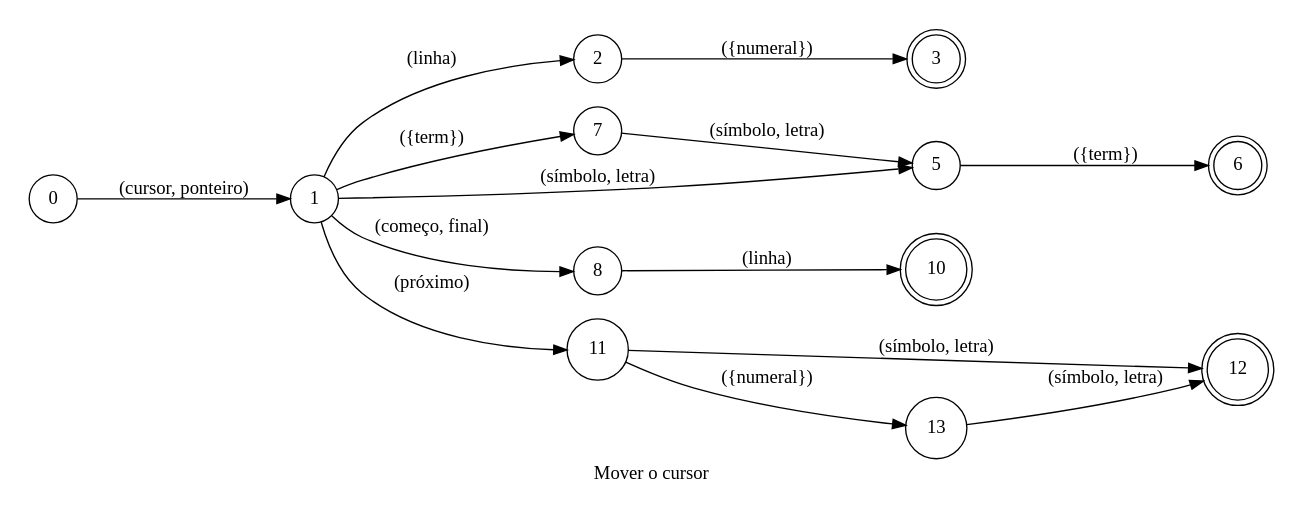
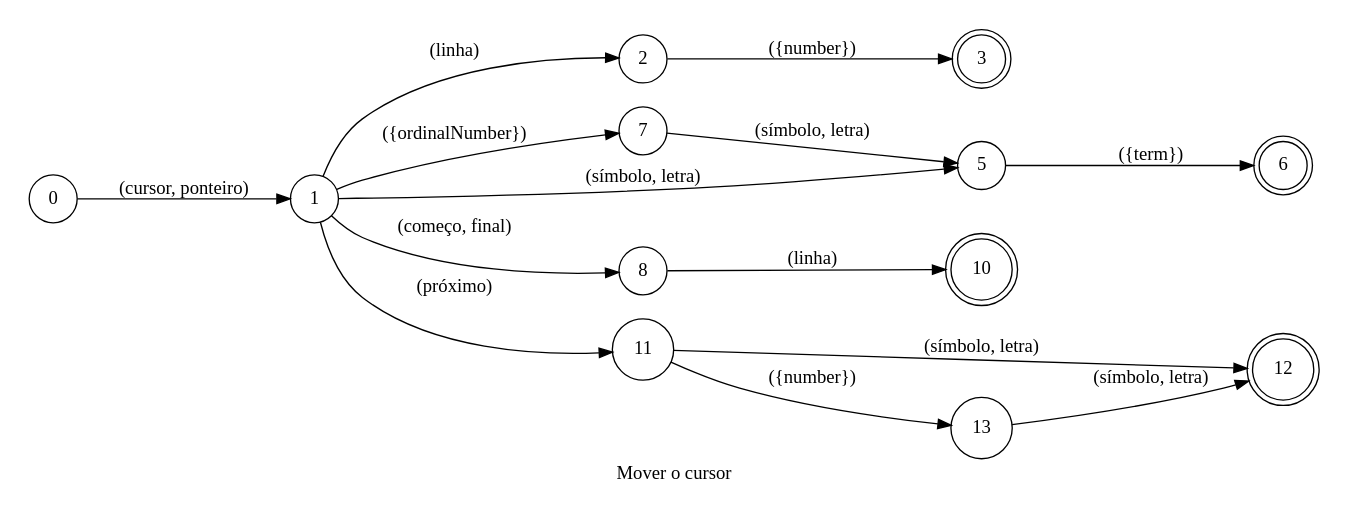
The diagram in spoken/src/modules/typescript/cursor/phrase_pt-BR.dot (pedrooaugusto/speech-to-code), drawn with Graphviz before and after one commit. The commit also changed 35 other files, not shown here.

```diff
--- a/spoken/src/modules/typescript/cursor/phrase_pt-BR.dot
+++ b/spoken/src/modules/typescript/cursor/phrase_pt-BR.dot
@@ -1,28 +1,28 @@
 digraph Cursor {
     id="cursor";
     label="Mover o cursor";
     lang="pt-BR";
     langName="Português";
     pad="0.2";
     rankdir=LR;
     node[shape=doublecircle]; 3 10 12 6;
     node[shape=circle];
 
     0 -> 1 [label="(cursor, ponteiro)"];
     1 -> 2 [label="(linha)"];
-    2 -> 3 [label="({numeral})", store=line];
+    2 -> 3 [label="({number})", store=line];
 
     {1 7} -> 5 [label="(símbolo, letra)"];
-    1 -> 7 [label="({term})", store=leapSize, normalize="ordinalNumber"];
+    1 -> 7 [label="({ordinalNumber})", store=leapSize, normalize="ordinalNumber"];
     5 -> 6 [label="({term})", store=symbol];
 
     1 -> 8 [label="(começo, final)", store=linePosition];
     8 -> 10 [label="(linha)"];
 
     1 -> 11 [label="(próximo)"];
-    11 -> 13 [label="({numeral})", store=leapSize];
+    11 -> 13 [label="({number})", store=leapSize];
     {11 13} -> 12 [label="(símbolo, letra)"];
 
     title="Mover o cursor";
     desc="Move o cursor para uma linha ou símbolo";
 }
```
